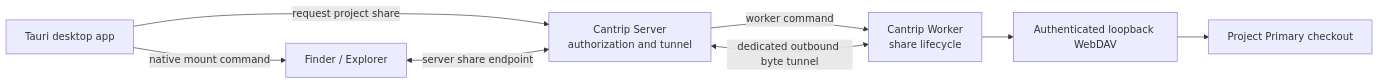
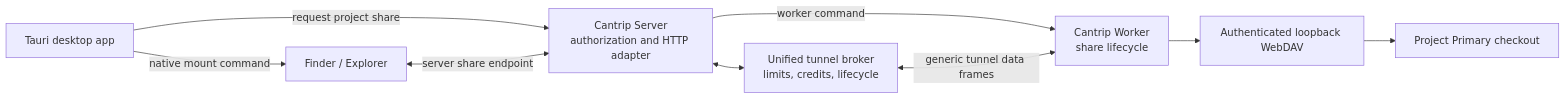
Before and after one commit to ArcaneArts/Cantrip: the diagram in docs/PROJECT_NETWORK_SHARES.md, drawn with Mermaid. The commit also changed other lines of this file and 24 other files, not shown here.

````diff
--- a/docs/PROJECT_NETWORK_SHARES.md
+++ b/docs/PROJECT_NETWORK_SHARES.md
@@ -10,17 +10,19 @@
 ```mermaid
 flowchart LR
     APP["Tauri desktop app"]
-    SERVER["Cantrip Server<br/>authorization and tunnel"]
+    SERVER["Cantrip Server<br/>authorization and HTTP adapter"]
+    BROKER["Unified tunnel broker<br/>limits, credits, lifecycle"]
     WORKER["Cantrip Worker<br/>share lifecycle"]
     DAV["Authenticated loopback WebDAV"]
     TREE["Project Primary checkout"]
     NATIVE["Finder / Explorer"]
 
     APP -->|"request project share"| SERVER
     SERVER -->|"worker command"| WORKER
     WORKER --> DAV
     DAV --> TREE
-    SERVER <-->|"dedicated outbound byte tunnel"| WORKER
+    SERVER <--> BROKER
+    BROKER <-->|"generic tunnel data frames"| WORKER
     APP -->|"native mount command"| NATIVE
     NATIVE <-->|"server share endpoint"| SERVER
 ```
````
